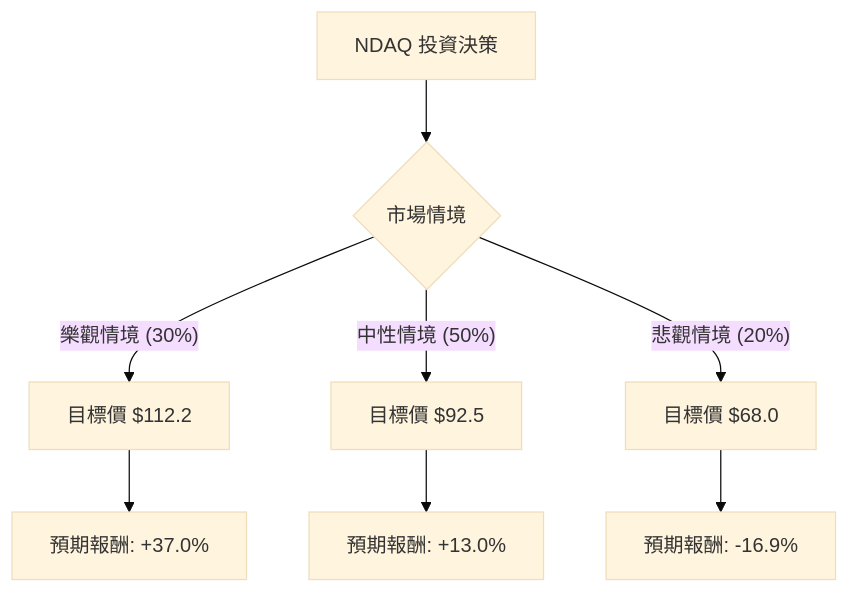
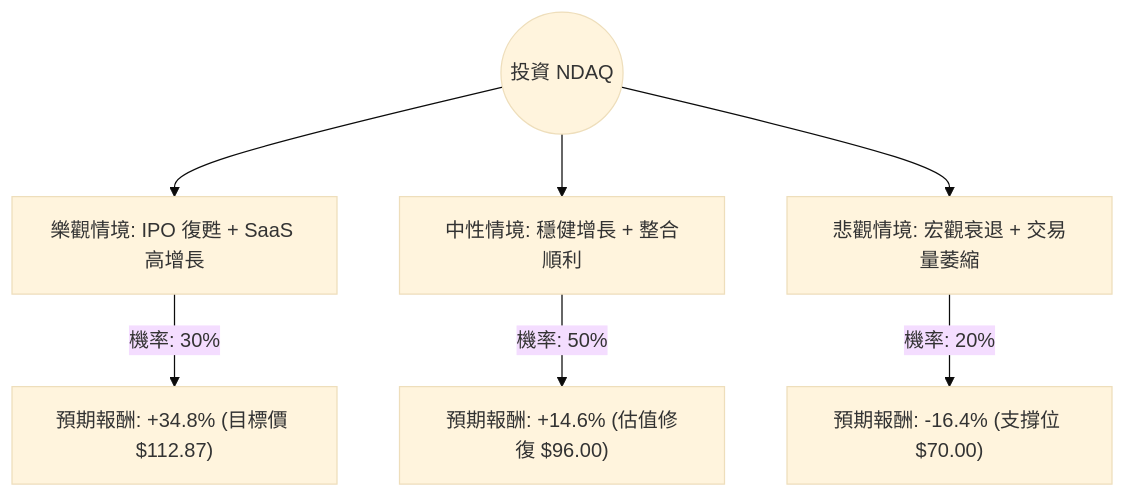
The diagram in plugin-react/ai-analysis/ev-analysis/NDAQ.md (zmcx16/zmcx16.github.io), drawn with Mermaid (base theme) before and after one commit. The commit also changed other lines of this file and 73 other files, not shown here.

````diff
--- a/plugin-react/ai-analysis/ev-analysis/NDAQ.md
+++ b/plugin-react/ai-analysis/ev-analysis/NDAQ.md
@@ -21,13 +19,10 @@
 ```mermaid
 graph TD
-    A[NDAQ 投資決策] --> B{市場情境}
-    
-    B -- 樂觀情境 (30%) --> C[目標價 $112.2]
-    C --> C1[預期報酬: +37.0%]
-    
-    B -- 中性情境 (50%) --> D[目標價 $92.5]
-    D --> D1[預期報酬: +13.0%]
-    
-    B -- 悲觀情境 (20%) --> E[目標價 $68.0]
-    E --> E1[預期報酬: -16.9%]
+    Start((投資 NDAQ)) --> Bull[樂觀情境: IPO 復甦 + SaaS 高增長]
+    Start --> Base[中性情境: 穩健增長 + 整合順利]
+    Start --> Bear[悲觀情境: 宏觀衰退 + 交易量萎縮]
+
+    Bull -- "機率: 30%" --> BullVal["預期報酬: +34.8% (目標價 $112.87)"]
+    Base -- "機率: 50%" --> BaseVal["預期報酬: +14.6% (估值修復 $96.00)"]
+    Bear -- "機率: 20%" --> BearVal["預期報酬: -16.4% (支撐位 $70.00)"]
 ```
````
